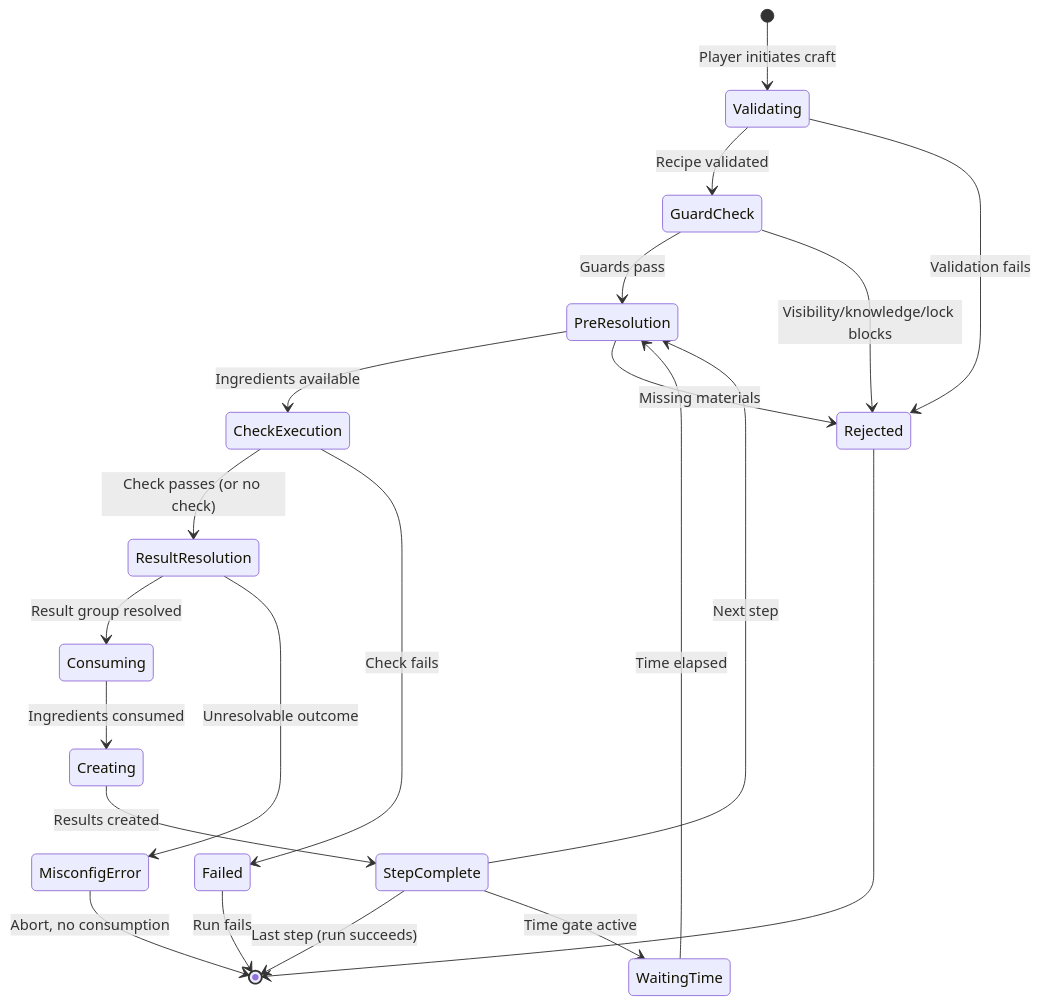
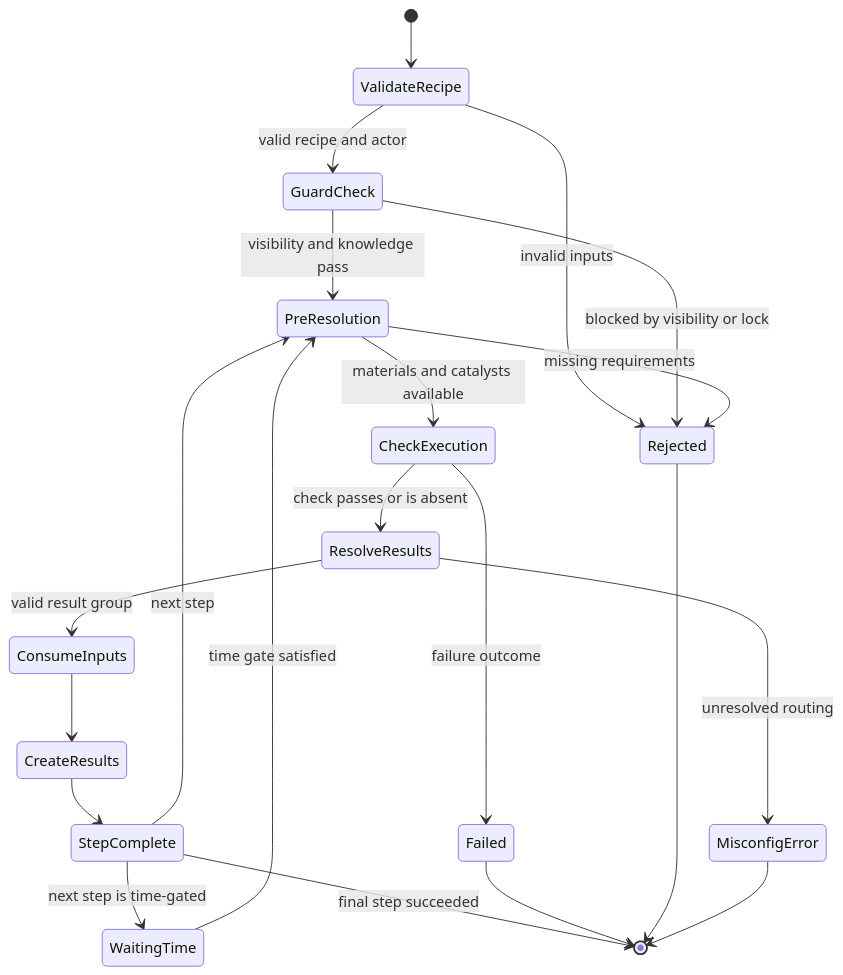
Before and after one commit to mistersilver-uk/fabricate: the second of 4 diagrams in DOMAIN.md, drawn with Mermaid. The commit also changed other lines of this file, not shown here.

````diff
--- a/DOMAIN.md
+++ b/DOMAIN.md
@@ -158,23 +204,23 @@
 ```mermaid
 stateDiagram-v2
-    [*] --> Validating: Player initiates craft
-    Validating --> GuardCheck: Recipe validated
-    Validating --> Rejected: Validation fails
-    GuardCheck --> PreResolution: Guards pass
-    GuardCheck --> Rejected: Visibility/knowledge/lock blocks
-    PreResolution --> CheckExecution: Ingredients available
-    PreResolution --> Rejected: Missing materials
-    CheckExecution --> ResultResolution: Check passes (or no check)
-    CheckExecution --> Failed: Check fails
-    ResultResolution --> Consuming: Result group resolved
-    ResultResolution --> MisconfigError: Unresolvable outcome
-    Consuming --> Creating: Ingredients consumed
-    Creating --> StepComplete: Results created
-    StepComplete --> [*]: Last step (run succeeds)
-    StepComplete --> WaitingTime: Time gate active
-    WaitingTime --> PreResolution: Time elapsed
-    StepComplete --> PreResolution: Next step
-    Failed --> [*]: Run fails
+    [*] --> ValidateRecipe
+    ValidateRecipe --> GuardCheck: valid recipe and actor
+    ValidateRecipe --> Rejected: invalid inputs
+    GuardCheck --> PreResolution: visibility and knowledge pass
+    GuardCheck --> Rejected: blocked by visibility or lock
+    PreResolution --> CheckExecution: materials and catalysts available
+    PreResolution --> Rejected: missing requirements
+    CheckExecution --> ResolveResults: check passes or is absent
+    CheckExecution --> Failed: failure outcome
+    ResolveResults --> ConsumeInputs: valid result group
+    ResolveResults --> MisconfigError: unresolved routing
+    ConsumeInputs --> CreateResults
+    CreateResults --> StepComplete
+    StepComplete --> WaitingTime: next step is time-gated
+    StepComplete --> PreResolution: next step
+    StepComplete --> [*]: final step succeeded
+    WaitingTime --> PreResolution: time gate satisfied
+    Failed --> [*]
     Rejected --> [*]
-    MisconfigError --> [*]: Abort, no consumption
+    MisconfigError --> [*]
 ```
````
